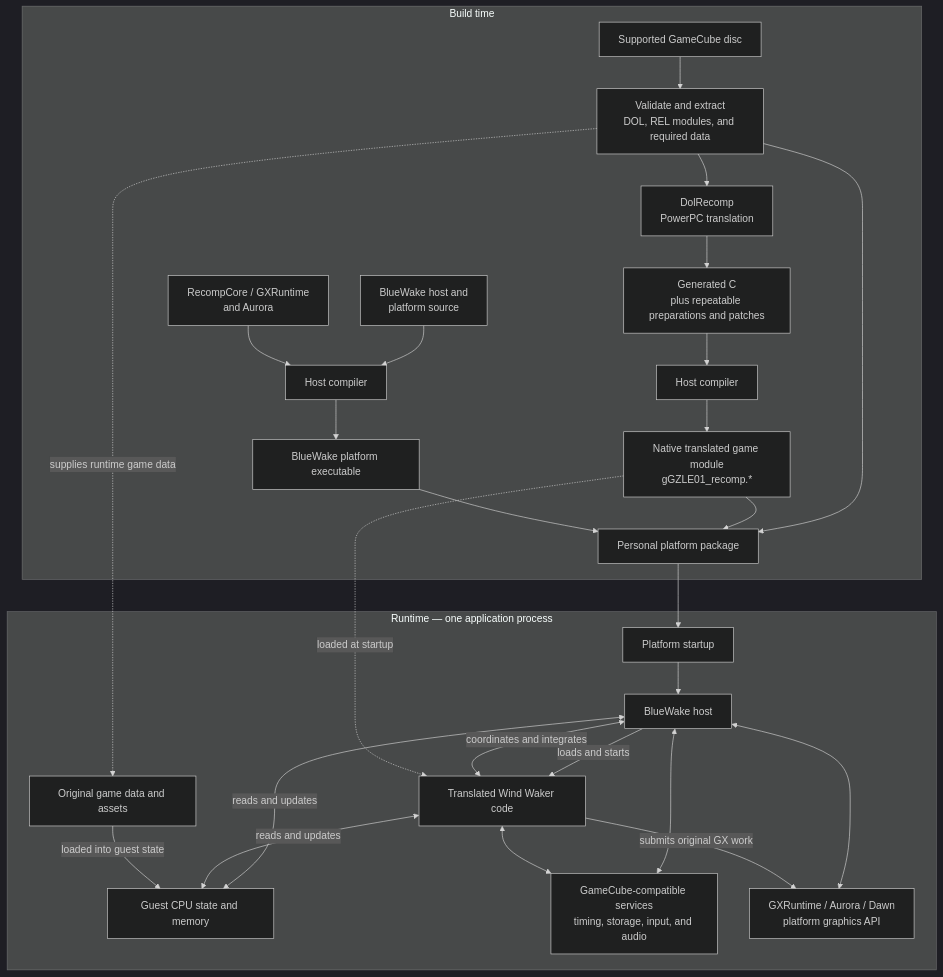
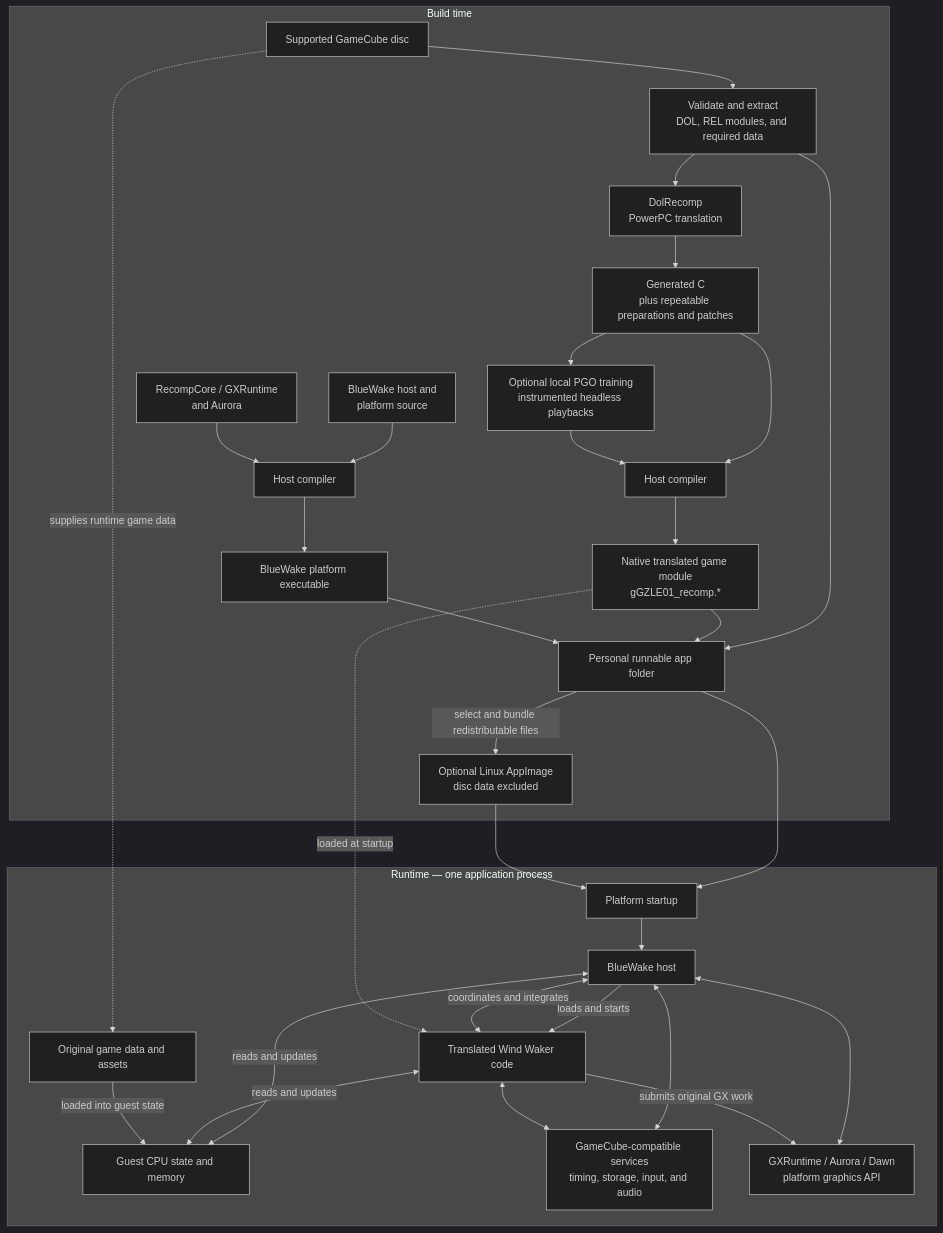
The diagram in docs/architecture/Overview.md (Aelbannan/boat_of_daphnes), drawn with Mermaid (dark theme) before and after one commit. The commit also changed other lines of this file, not shown here.

Commit message:
docs: map the Linux build toolchain

````diff
--- a/docs/architecture/Overview.md
+++ b/docs/architecture/Overview.md
@@ -38,49 +38,54 @@
 ```mermaid
 flowchart TD
     subgraph Build["Build time"]
         Disc["Supported GameCube disc"]
         Extract["Validate and extract<br/>DOL, REL modules, and required data"]
         Translator["DolRecomp<br/>PowerPC translation"]
         Generated["Generated C<br/>plus repeatable preparations and patches"]
         HostSource["BlueWake host and<br/>platform source"]
         RuntimeSource["RecompCore / GXRuntime<br/>and Aurora"]
+        Training["Optional local PGO training<br/>instrumented headless playbacks"]
         GameCompiler["Host compiler"]
         AppCompiler["Host compiler"]
         GameModule["Native translated game module<br/>gGZLE01_recomp.*"]
         Executable["BlueWake platform executable"]
-        Package["Personal platform package"]
+        Package["Personal runnable app folder"]
+        AppImage["Optional Linux AppImage<br/>disc data excluded"]
 
         Disc --> Extract --> Translator --> Generated --> GameCompiler --> GameModule
+        Generated --> Training --> GameCompiler
         HostSource --> AppCompiler
         RuntimeSource --> AppCompiler
         AppCompiler --> Executable
         Extract --> Package
         GameModule --> Package
         Executable --> Package
+        Package -->|"select and bundle redistributable files"| AppImage
     end
 
     subgraph Runtime["Runtime — one application process"]
         Startup["Platform startup"]
         Host["BlueWake host"]
         Game["Translated Wind Waker code"]
         Guest["Guest CPU state and memory"]
         Services["GameCube-compatible services<br/>timing, storage, input, and audio"]
         Graphics["GXRuntime / Aurora / Dawn<br/>platform graphics API"]
         Assets["Original game data and assets"]
 
         Startup --> Host
         Host -->|"loads and starts"| Game
         Host <-->|"coordinates and integrates"| Game
         Host <-->|"reads and updates"| Guest
         Game <-->|"reads and updates"| Guest
         Host <--> Services
         Game <--> Services
         Host <--> Graphics
         Game -->|"submits original GX work"| Graphics
         Assets -->|"loaded into guest state"| Guest
     end
 
     Package --> Startup
+    AppImage --> Startup
     GameModule -. "loaded at startup" .-> Game
-    Extract -. "supplies runtime game data" .-> Assets
+    Disc -. "supplies runtime game data" .-> Assets
 ```
````
